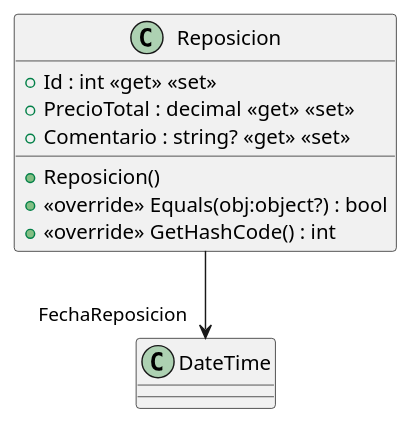
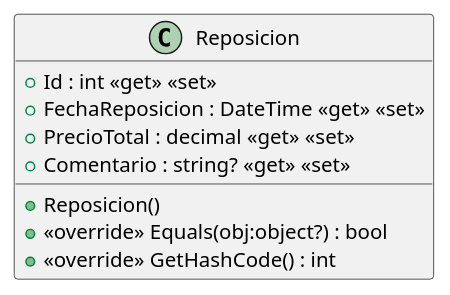
The diagram in src/AppForSEII.API/ClassDiagram/Reposicion.puml (ISII2627SoftwareEngineers/ISII2627SoftwareEngineers), drawn with PlantUML before and after one commit. The commit also changed 4 other files, not shown here.

Commit message:
Actualizados diagramas de clases UML con Resena

```diff
--- a/src/AppForSEII.API/ClassDiagram/Reposicion.puml
+++ b/src/AppForSEII.API/ClassDiagram/Reposicion.puml
@@ -1,11 +1,11 @@
 @startuml
 class Reposicion {
     + Id : int <<get>> <<set>>
+    + FechaReposicion : DateTime <<get>> <<set>>
     + PrecioTotal : decimal <<get>> <<set>>
     + Comentario : string? <<get>> <<set>>
     + Reposicion()
     + <<override>> Equals(obj:object?) : bool
     + <<override>> GetHashCode() : int
 }
-Reposicion --> "FechaReposicion" DateTime
 @enduml
```
